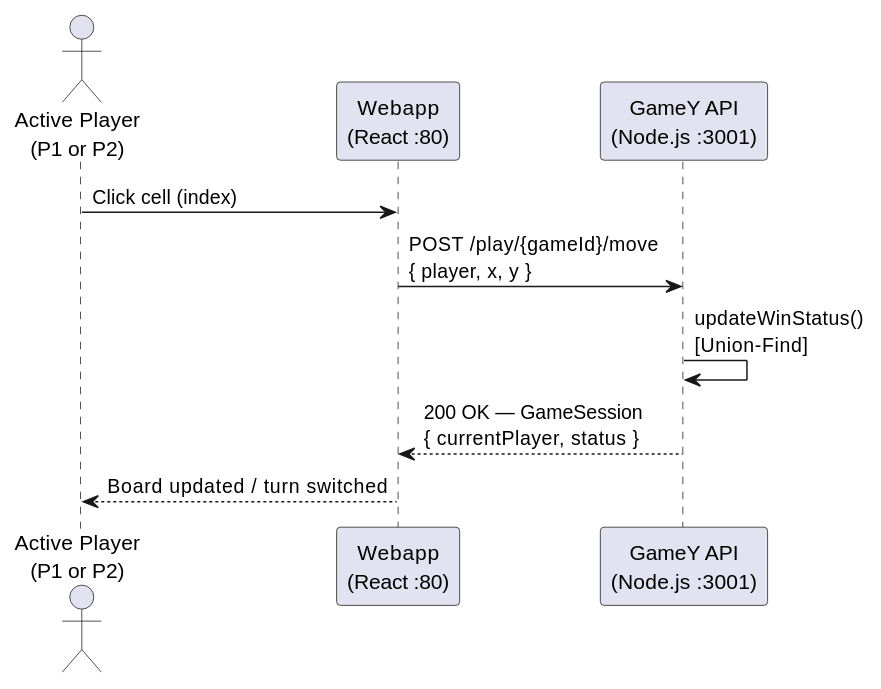
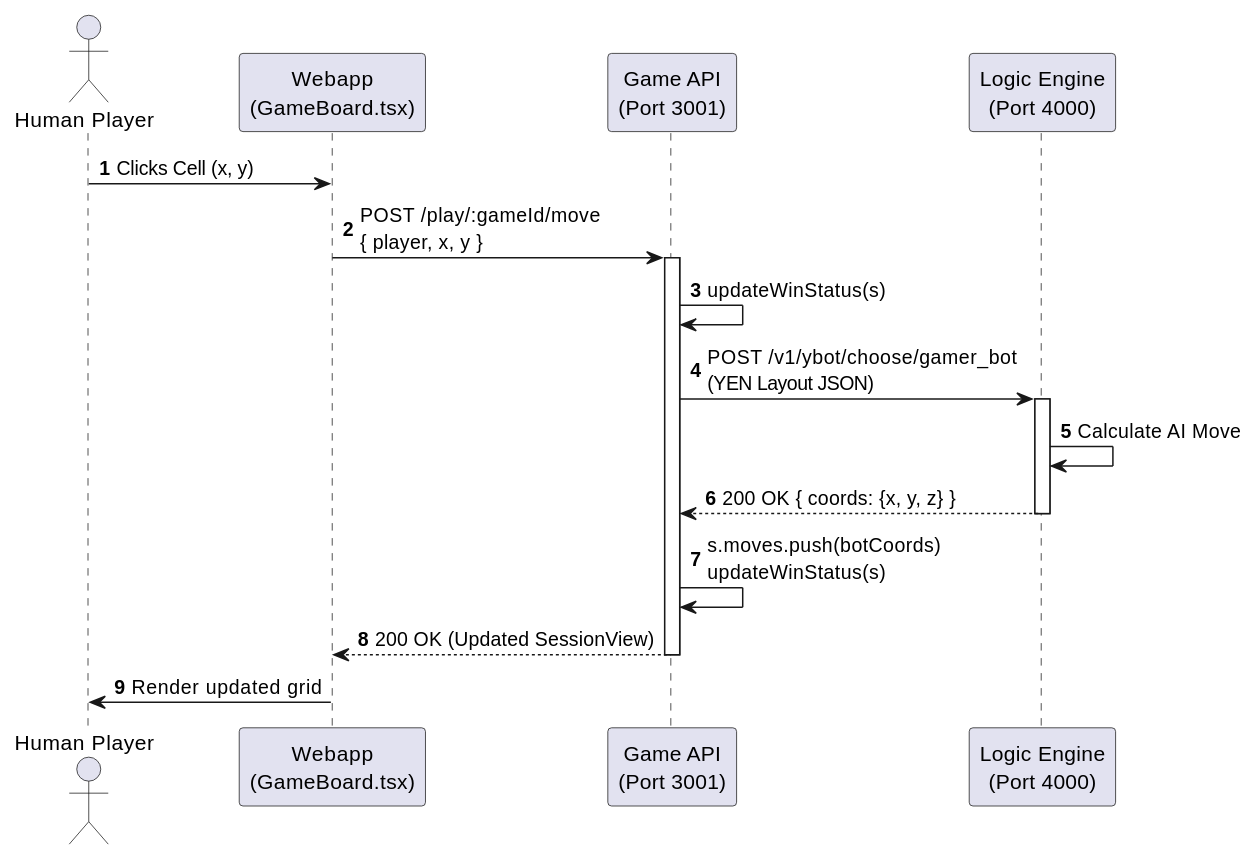
The second of 5 diagrams in docs/src/06_runtime_view.adoc (Arquisoft/yovi_en1a), drawn with PlantUML before and after one commit. The commit also changed other lines of this file, not shown here.

```diff
--- a/docs/src/06_runtime_view.adoc
+++ b/docs/src/06_runtime_view.adoc
@@ -32,14 +46,28 @@
-[plantuml, target="human-vs-human", format="png"]
+[plantuml, target="game-loop-runtime", format="png"]
 ----
 @startuml
-actor "Active Player\n(P1 or P2)" as Player
-participant "Webapp\n(React :80)" as Webapp
-participant "GameY API\n(Node.js :3001)" as API
+autonumber
+actor "Human Player" as User
+participant "Webapp\n(GameBoard.tsx)" as UI
+participant "Game API\n(Port 3001)" as API
+participant "Logic Engine\n(Port 4000)" as Rust
 
-Player -> Webapp : Click cell (index)
-Webapp -> API : POST /play/{gameId}/move\n{ player, x, y }
-API -> API : updateWinStatus()\n[Union-Find]
-API --> Webapp : 200 OK — GameSession\n{ currentPlayer, status }
-Webapp --> Player : Board updated / turn switched
+User -> UI : Clicks Cell (x, y)
+UI -> API : POST /play/:gameId/move\n{ player, x, y }
+activate API
+
+API -> API : updateWinStatus(s)
+API -> Rust : POST /v1/ybot/choose/gamer_bot\n(YEN Layout JSON)
+activate Rust
+
+Rust -> Rust : Calculate AI Move
+Rust --> API : 200 OK { coords: {x, y, z} }
+deactivate Rust
+
+API -> API : s.moves.push(botCoords)\nupdateWinStatus(s)
+API --> UI : 200 OK (Updated SessionView)
+deactivate API
+
+UI -> User : Render updated grid
 @enduml
 ----
```
